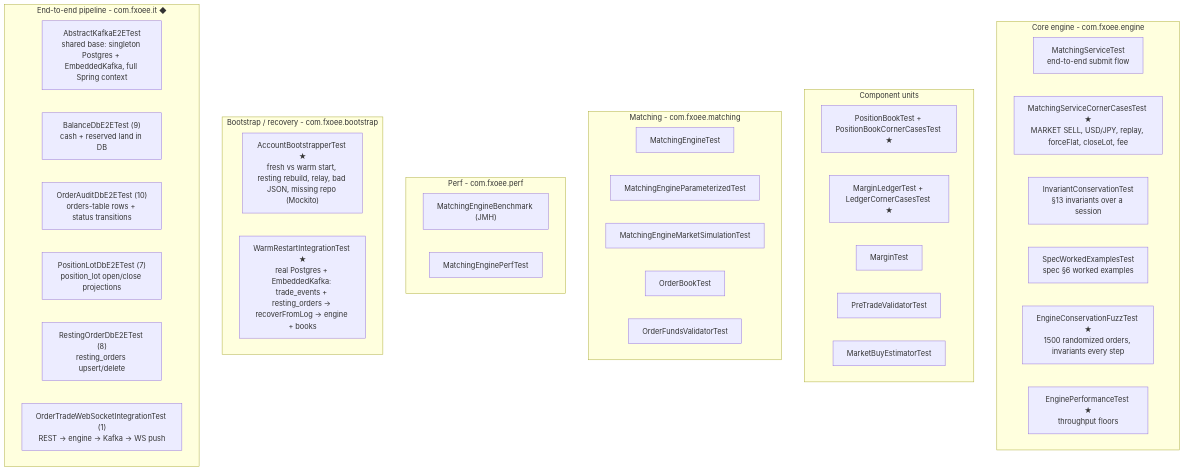
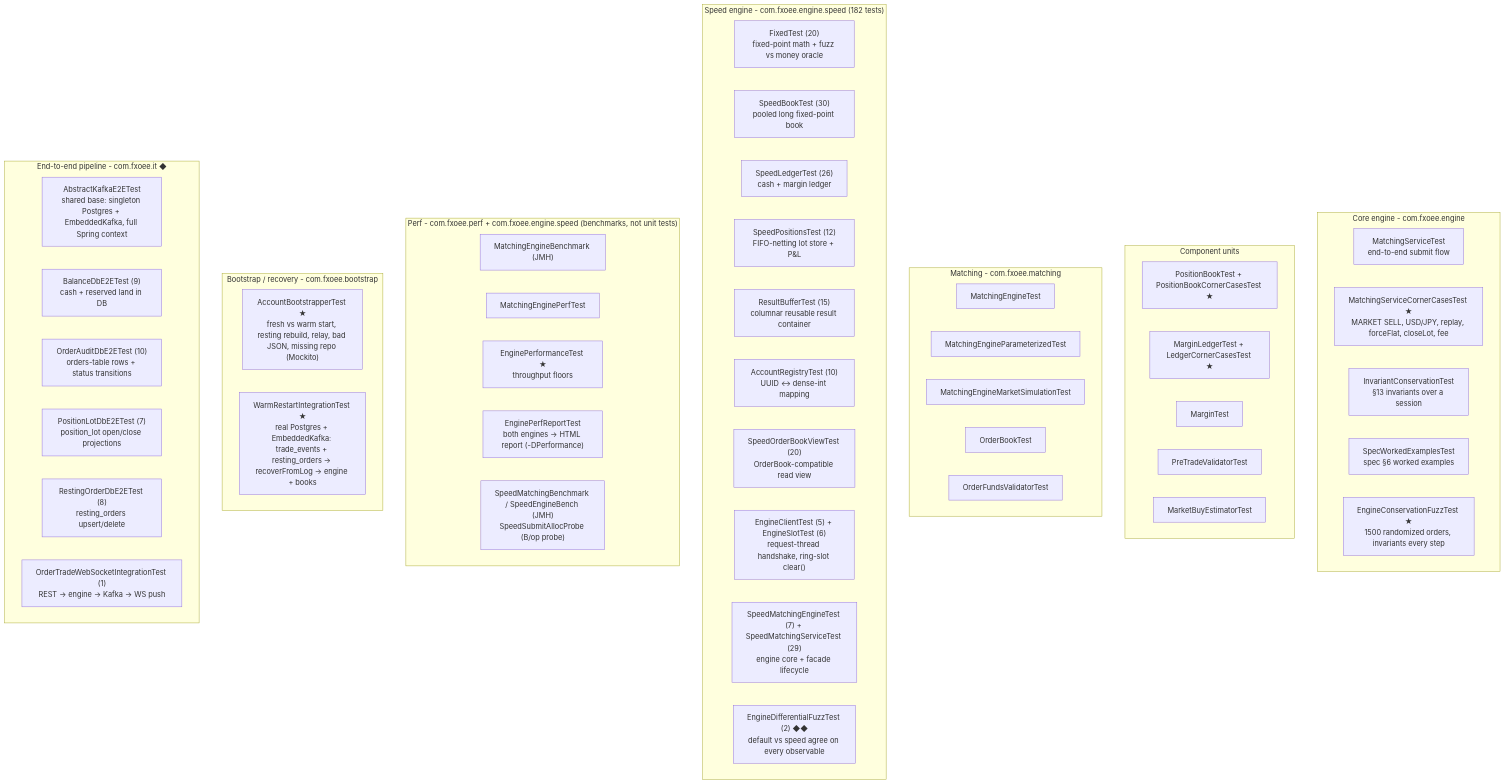
One commit to mc139/fx-oee-docs changed the first of 2 diagrams in 08-testing.md. Above: the diagram before and after it, drawn with Mermaid. The commit also changed other lines of this file and 21 other files, not shown here.

````diff
--- a/08-testing.md
+++ b/08-testing.md
@@ -11,41 +19,55 @@
 ```mermaid
 flowchart TB
     subgraph core["Core engine - com.fxoee.engine"]
         c1["MatchingServiceTest<br/>end-to-end submit flow"]
         c2["MatchingServiceCornerCasesTest ★<br/>MARKET SELL, USD/JPY, replay, forceFlat, closeLot, fee"]
         c3["InvariantConservationTest<br/>§13 invariants over a session"]
         c4["SpecWorkedExamplesTest<br/>spec §6 worked examples"]
         c5["EngineConservationFuzzTest ★<br/>1500 randomized orders, invariants every step"]
-        c6["EnginePerformanceTest ★<br/>throughput floors"]
     end
     subgraph units["Component units"]
         u1["PositionBookTest + PositionBookCornerCasesTest ★"]
         u2["MarginLedgerTest + LedgerCornerCasesTest ★"]
         u3["MarginTest"]
         u4["PreTradeValidatorTest"]
         u5["MarketBuyEstimatorTest"]
     end
     subgraph match["Matching - com.fxoee.matching"]
         m1["MatchingEngineTest"]
         m2["MatchingEngineParameterizedTest"]
         m3["MatchingEngineMarketSimulationTest"]
         m4["OrderBookTest"]
         m5["OrderFundsValidatorTest"]
     end
-    subgraph perf["Perf - com.fxoee.perf"]
+    subgraph speed["Speed engine - com.fxoee.engine.speed (182 tests)"]
+        s1["FixedTest (20)<br/>fixed-point math + fuzz vs money oracle"]
+        s2["SpeedBookTest (30)<br/>pooled long fixed-point book"]
+        s3["SpeedLedgerTest (26)<br/>cash + margin ledger"]
+        s4["SpeedPositionsTest (12)<br/>FIFO-netting lot store + P&L"]
+        s5["ResultBufferTest (15)<br/>columnar reusable result container"]
+        s6["AccountRegistryTest (10)<br/>UUID ↔ dense-int mapping"]
+        s7["SpeedOrderBookViewTest (20)<br/>OrderBook-compatible read view"]
+        s8["EngineClientTest (5) + EngineSlotTest (6)<br/>request-thread handshake, ring-slot clear()"]
+        s9["SpeedMatchingEngineTest (7) + SpeedMatchingServiceTest (29)<br/>engine core + facade lifecycle"]
+        s10["EngineDifferentialFuzzTest (2) ◆◆<br/>default vs speed agree on every observable"]
+    end
+    subgraph perf["Perf - com.fxoee.perf + com.fxoee.engine.speed (benchmarks, not unit tests)"]
         p1["MatchingEngineBenchmark (JMH)"]
         p2["MatchingEnginePerfTest"]
+        p3["EnginePerformanceTest ★<br/>throughput floors"]
+        p4["EnginePerfReportTest<br/>both engines → HTML report (-DPerformance)"]
+        p5["SpeedMatchingBenchmark / SpeedEngineBench (JMH)<br/>SpeedSubmitAllocProbe (B/op probe)"]
     end
     subgraph boot["Bootstrap / recovery - com.fxoee.bootstrap"]
         b1["AccountBootstrapperTest ★<br/>fresh vs warm start, resting rebuild, relay, bad JSON, missing repo (Mockito)"]
         b2["WarmRestartIntegrationTest ★<br/>real Postgres + EmbeddedKafka: trade_events + resting_orders → recoverFromLog → engine + books"]
     end
     subgraph e2e["End-to-end pipeline - com.fxoee.it ◆"]
         e0["AbstractKafkaE2ETest<br/>shared base: singleton Postgres + EmbeddedKafka, full Spring context"]
         e1["BalanceDbE2ETest (9)<br/>cash + reserved land in DB"]
         e2["OrderAuditDbE2ETest (10)<br/>orders-table rows + status transitions"]
         e3["PositionLotDbE2ETest (7)<br/>position_lot open/close projections"]
         e4["RestingOrderDbE2ETest (8)<br/>resting_orders upsert/delete"]
         e5["OrderTradeWebSocketIntegrationTest (1)<br/>REST → engine → Kafka → WS push"]
     end
 ```
````
